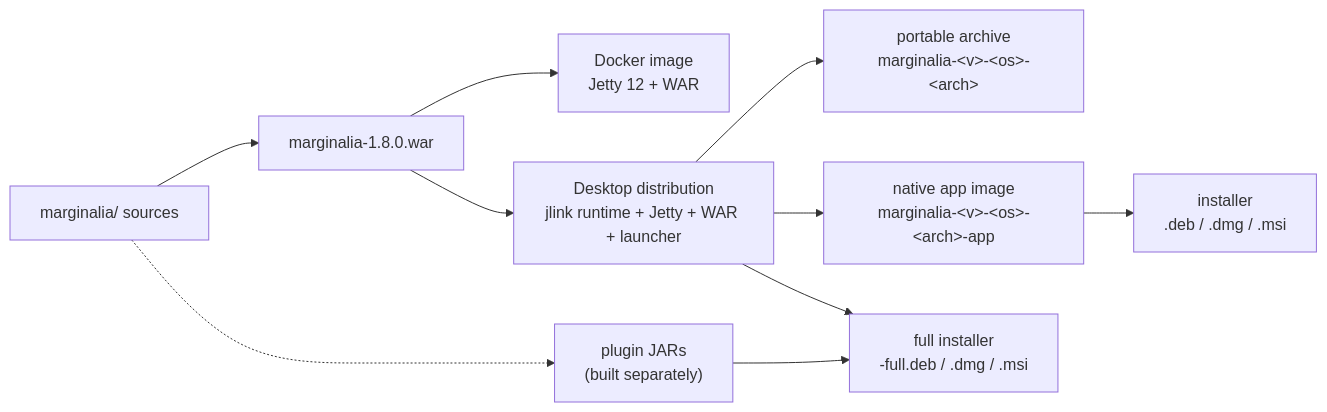
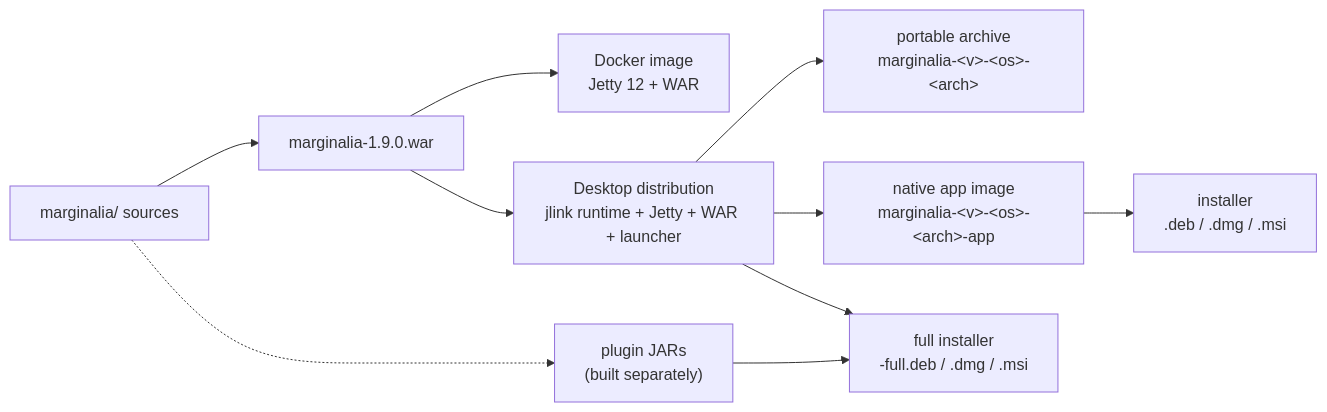
Before and after one commit to Enerccio/Marginalia: the first of 3 diagrams in manual/developer/packaging.md, drawn with Mermaid. The commit also changed other lines of this file and 52 other files, not shown here.

````diff
--- a/manual/developer/packaging.md
+++ b/manual/developer/packaging.md
@@ -29,12 +29,12 @@
 ```mermaid
 flowchart LR
-    src["marginalia/ sources"] --> war["marginalia-1.8.0.war"]
+    src["marginalia/ sources"] --> war["marginalia-1.9.0.war"]
     war --> docker["Docker image<br/>Jetty 12 + WAR"]
     war --> desktop["Desktop distribution<br/>jlink runtime + Jetty + WAR + launcher"]
     desktop --> portable["portable archive<br/>marginalia-&lt;v&gt;-&lt;os&gt;-&lt;arch&gt;"]
     desktop --> appimage["native app image<br/>marginalia-&lt;v&gt;-&lt;os&gt;-&lt;arch&gt;-app"]
     appimage --> installer["installer<br/>.deb / .dmg / .msi"]
     plugins["plugin JARs"] --> full["full installer<br/>-full.deb / .dmg / .msi"]
     desktop --> full
     src -.-> plugins["plugin JARs<br/>(built separately)"]
 ```
````
